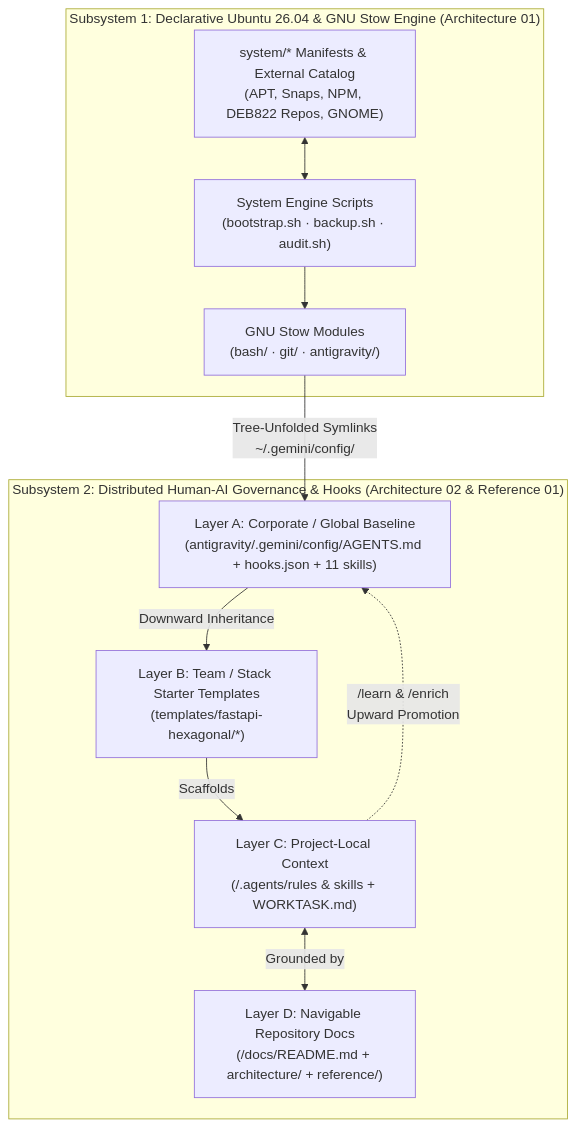
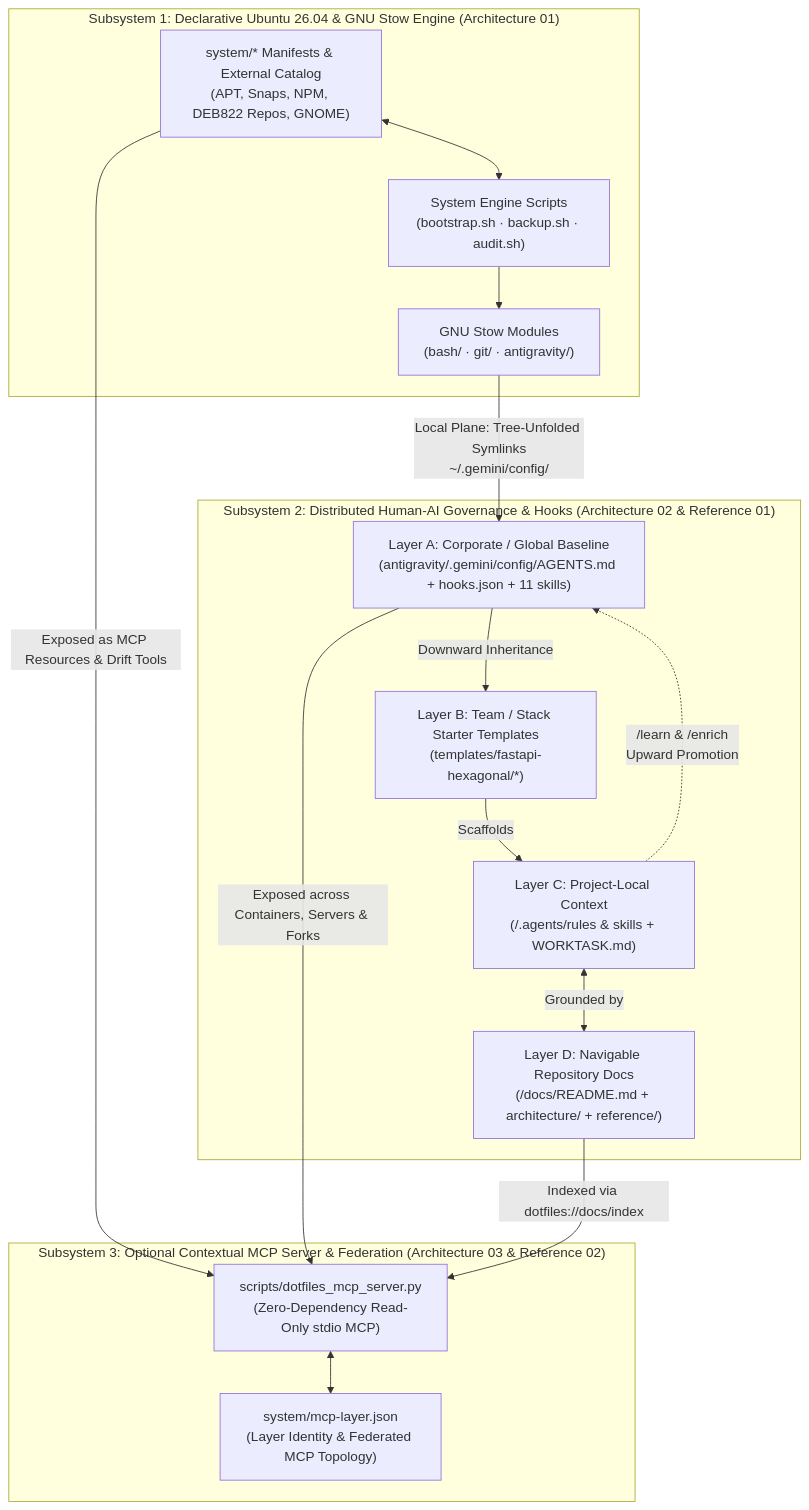
Before and after one commit to mtwuser/dotfiles-ubuntu: the diagram in docs/README.md, drawn with Mermaid. The commit also changed other lines of this file and 11 other files, not shown here.

First line of the commit message:
docs(mcp): add contextual MCP server specification and multi-service orchestration guide

````diff
--- a/docs/README.md
+++ b/docs/README.md
@@ -36,23 +40,32 @@
 ```mermaid
 flowchart TD
     subgraph Corp["Subsystem 1: Declarative Ubuntu 26.04 & GNU Stow Engine (Architecture 01)"]
         SYS["system/* Manifests & External Catalog\n(APT, Snaps, NPM, DEB822 Repos, GNOME)"]
         ENG["System Engine Scripts\n(bootstrap.sh · backup.sh · audit.sh)"]
         STOW["GNU Stow Modules\n(bash/ · git/ · antigravity/)"]
         SYS <--> ENG
         ENG --> STOW
     end
 
     subgraph AI["Subsystem 2: Distributed Human-AI Governance & Hooks (Architecture 02 & Reference 01)"]
         L1["Layer A: Corporate / Global Baseline\n(antigravity/.gemini/config/AGENTS.md + hooks.json + 11 skills)"]
         L2["Layer B: Team / Stack Starter Templates\n(templates/fastapi-hexagonal/*)"]
         L3["Layer C: Project-Local Context\n(<project>/.agents/rules & skills + WORKTASK.md)"]
         L4["Layer D: Navigable Repository Docs\n(<project>/docs/README.md + architecture/ + reference/)"]
         L1 -->|"Downward Inheritance"| L2
         L2 -->|"Scaffolds"| L3
         L3 <-->|"Grounded by"| L4
         L3 -.->|"/learn & /enrich\nUpward Promotion"| L1
     end
 
-    STOW -->|"Tree-Unfolded Symlinks\n~/.gemini/config/"| L1
+    subgraph MCP["Subsystem 3: Optional Contextual MCP Server & Federation (Architecture 03 & Reference 02)"]
+        MCPSRV["scripts/dotfiles_mcp_server.py\n(Zero-Dependency Read-Only stdio MCP)"]
+        MCPLAYER["system/mcp-layer.json\n(Layer Identity & Federated MCP Topology)"]
+        MCPSRV <--> MCPLAYER
+    end
+
+    STOW -->|"Local Plane: Tree-Unfolded Symlinks\n~/.gemini/config/"| L1
+    SYS -->|"Exposed as MCP Resources & Drift Tools"| MCPSRV
+    L1 -->|"Exposed across Containers, Servers & Forks"| MCPSRV
+    L4 -->|"Indexed via dotfiles://docs/index"| MCPSRV
 ```
````
